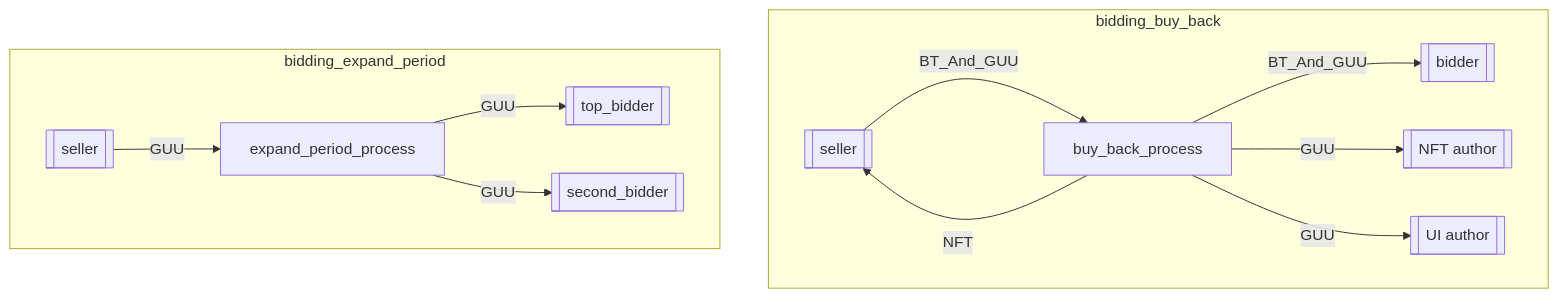
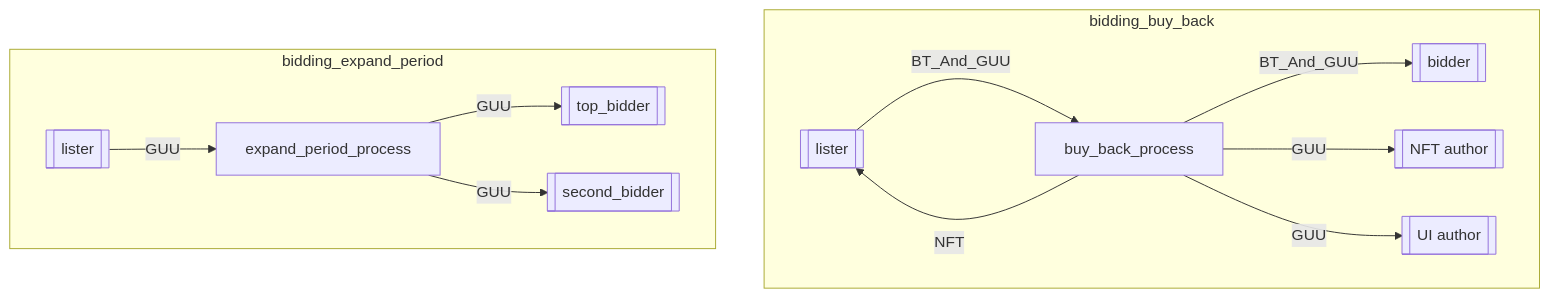
The third of 7 diagrams in x/nftmarket/spec/03_auction_state.md (UnUniFi/chain), drawn with Mermaid before and after one commit. The commit also changed other lines of this file and 7 other files, not shown here.

````diff
--- a/x/nftmarket/spec/03_auction_state.md
+++ b/x/nftmarket/spec/03_auction_state.md
@@ -89,25 +89,25 @@
 ```mermaid
 flowchart TD
 subgraph bidding_buy_back
 	bidder_buy_back[[bidder]]
-	seller_buy_back[[seller]]
+	lister_buy_back[[lister]]
 	NFT_author_buy_back[[NFT author]]
 	UI_author_buy_back[[UI author]]
 
-	seller_buy_back --BT_And_GUU--> buy_back_process
+	lister_buy_back --BT_And_GUU--> buy_back_process
 	buy_back_process --BT_And_GUU--> bidder_buy_back
 	buy_back_process --GUU--> NFT_author_buy_back
 	buy_back_process --GUU--> UI_author_buy_back
-	buy_back_process --NFT--> seller_buy_back
+	buy_back_process --NFT--> lister_buy_back
 end
 
 subgraph bidding_expand_period
 	top_bidder_expand_period[[top_bidder]]
 	second_bidder_expand_period[[second_bidder]]
-	seller_expand_period[[seller]]
+	lister_expand_period[[lister]]
 
-	seller_expand_period--GUU--> expand_period_process
+	lister_expand_period--GUU--> expand_period_process
 	expand_period_process--GUU--> top_bidder_expand_period
 	expand_period_process--GUU--> second_bidder_expand_period
 end
 ```
````
